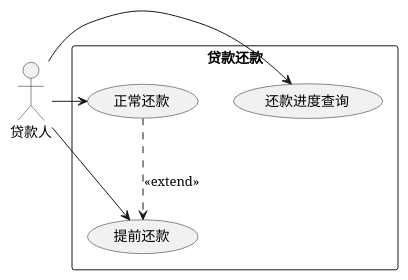
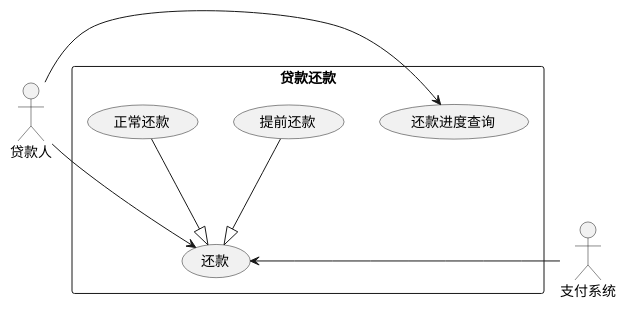
The diagram in 系统用例设计/用例图/贷中.pu (sam5053/Integrated-Design), drawn with PlantUML before and after one commit. The commit also changed 8 other files, not shown here.

Commit message:
修改了用例图

```diff
--- a/系统用例设计/用例图/贷中.pu
+++ b/系统用例设计/用例图/贷中.pu
@@ -1,13 +1,16 @@
-@startuml
+@startuml 贷中
 
 actor 贷款人 as user
+actor 支付系统 as Jack
 rectangle "贷款还款" as system {
     usecase " 还款进度查询" as UC1
-    usecase " 提前还款" as UC2
-    usecase " 正常还款" as UC3  
-    UC3 ..> UC2 : <<extend>>
+    usecase " 还款" as UC2
+    usecase " 提前还款" as UC3
+    usecase " 正常还款" as UC4  
+    UC3 --|> UC2
+    UC4 --|> UC2
 }
 user -> UC1
 user -> UC2 
-user -> UC3
+Jack -> UC2
 @enduml
```
